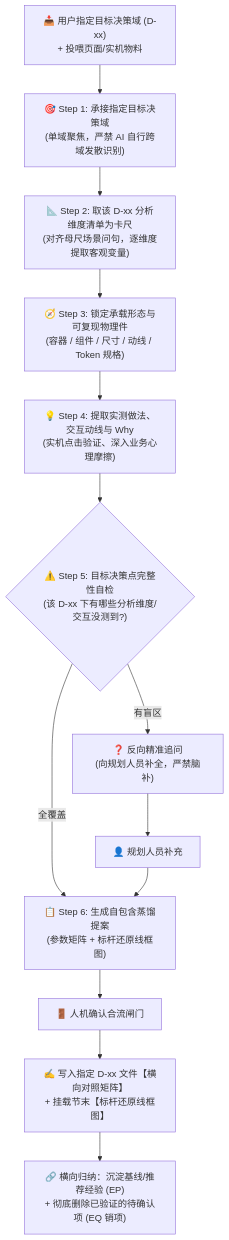
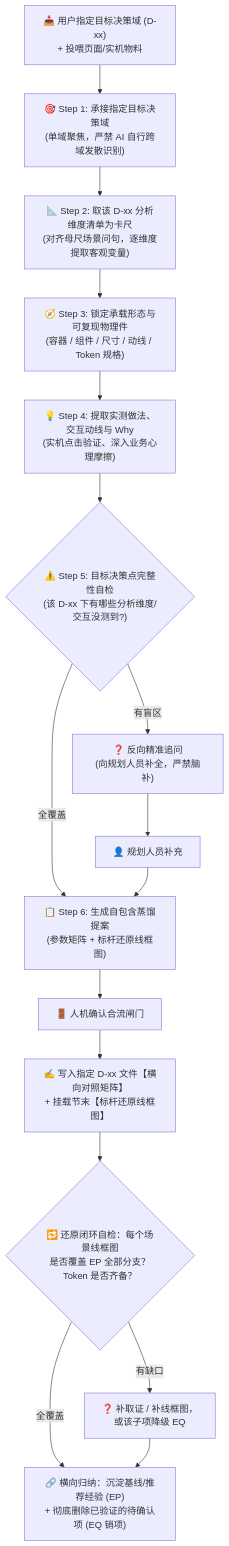
Before and after one commit to wangjue2026/skill-designer-prism: the diagram in 05-learning-materials/通用设计案例蒸馏指南.md, drawn with Mermaid. The commit also changed other lines of this file and 11 other files, not shown here.

````diff
--- a/05-learning-materials/通用设计案例蒸馏指南.md
+++ b/05-learning-materials/通用设计案例蒸馏指南.md
@@ -51,20 +51,23 @@
 ```mermaid
 graph TD
     Input["📥 用户指定目标决策域 (D-xx)<br>+ 投喂页面/实机物料"] --> S1["🎯 Step 1: 承接指定目标决策域<br>(单域聚焦，严禁 AI 自行跨域发散识别)"]
 
     S1 --> S2["📐 Step 2: 取该 D-xx 分析维度清单为卡尺<br>(对齐母尺场景问句，逐维度提取客观变量)"]
 
     S2 --> S3["🧭 Step 3: 锁定承载形态与可复现物理件<br>(容器 / 组件 / 尺寸 / 动线 / Token 规格)"]
 
     S3 --> S4["💡 Step 4: 提取实测做法、交互动线与 Why<br>(实机点击验证、深入业务心理摩擦)"]
 
     S4 --> S5{"⚠️ Step 5: 目标决策点完整性自检<br>(该 D-xx 下有哪些分析维度/交互没测到?)"}
 
     S5 -- "有盲区" --> Ask["❓ 反向精准追问<br>(向规划人员补全，严禁脑补)"]
     S5 -- "全覆盖" --> S6["📋 Step 6: 生成自包含蒸馏提案<br>(参数矩阵 + 标杆还原线框图)"]
 
     Ask --> UserReply["👤 规划人员补充"] --> S6
     S6 --> Gate["🚪 人机确认合流闸门"]
     Gate --> Write["✍️ 写入指定 D-xx 文件【横向对照矩阵】<br>+ 挂载节末【标杆还原线框图】"]
-    Write --> Induce["🔗 横向归纳：沉淀基线/推荐经验 (EP)<br>+ 彻底删除已验证的待确认项 (EQ 销项)"]
+    Write --> Cover{"🔁 还原闭环自检：每个场景线框图<br>是否覆盖 EP 全部分支？Token 是否齐备？"}
+    Cover -- "有缺口" --> Fix["❓ 补取证 / 补线框图，<br>或该子项降级 EQ"]
+    Cover -- "全覆盖" --> Induce["🔗 横向归纳：沉淀基线/推荐经验 (EP)<br>+ 彻底删除已验证的待确认项 (EQ 销项)"]
+    Fix --> Induce
 ```
````
